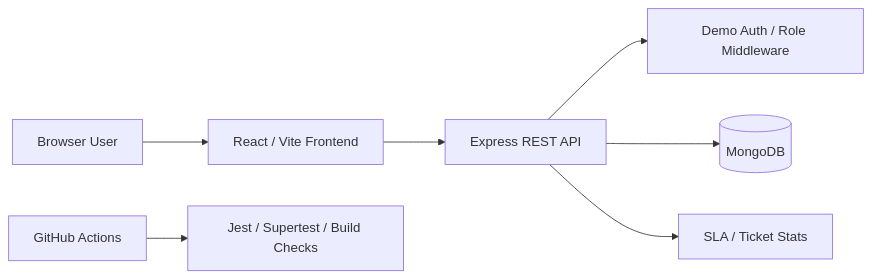
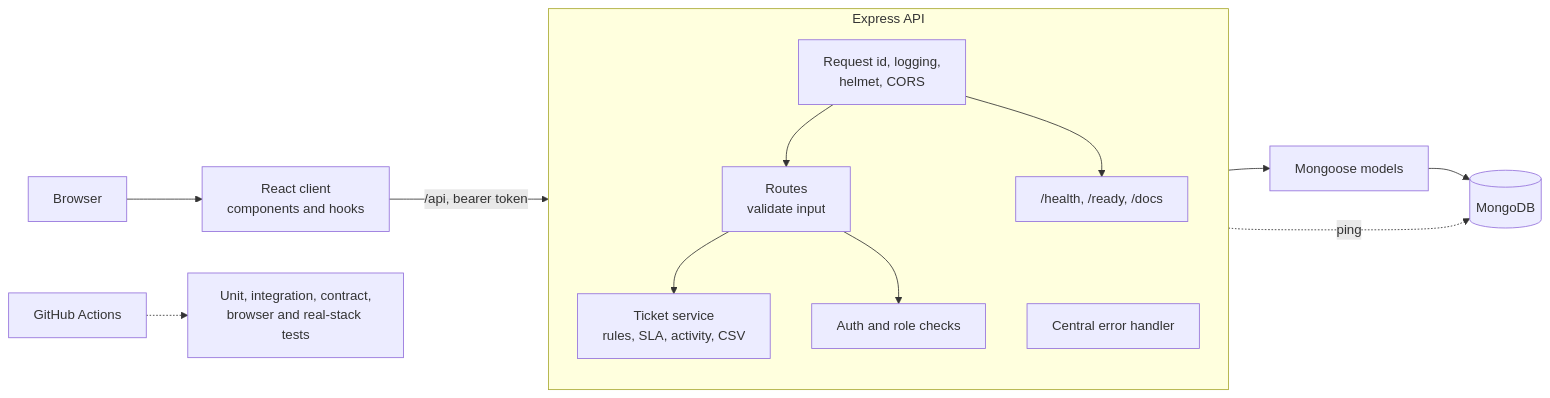
The diagram in docs/ARCHITECTURE.md (proyneon-hub/it-ticketing-system), drawn with Mermaid before and after one commit. The commit also changed other lines of this file and 26 other files, not shown here.

````diff
--- a/docs/ARCHITECTURE.md
+++ b/docs/ARCHITECTURE.md
@@ -7,9 +7,19 @@
 ```mermaid
 flowchart LR
-  User[Browser User] --> Frontend[React / Vite Frontend]
-  Frontend --> API[Express REST API]
-  API --> Auth[Demo Auth / Role Middleware]
-  API --> Mongo[(MongoDB)]
-  API --> Stats[SLA / Ticket Stats]
-  CI[GitHub Actions] --> Tests[Jest / Supertest / Build Checks]
+  User[Browser] --> Client[React client<br/>components and hooks]
+  Client -->|/api, bearer token| Edge
+
+  subgraph API[Express API]
+    direction TB
+    Edge[Request id, logging,<br/>helmet, CORS] --> Routes[Routes<br/>validate input]
+    Routes --> Services[Ticket service<br/>rules, SLA, activity, CSV]
+    Routes --> Auth[Auth and role checks]
+    Edge --> Ops["/health, /ready, /docs"]
+    Errors[Central error handler]
+  end
+
+  Services --> Models[Mongoose models]
+  Models --> DB[(MongoDB)]
+  Ops -.->|ping| DB
+  CI[GitHub Actions] -.-> Tests[Unit, integration, contract,<br/>browser and real-stack tests]
 ```
````
